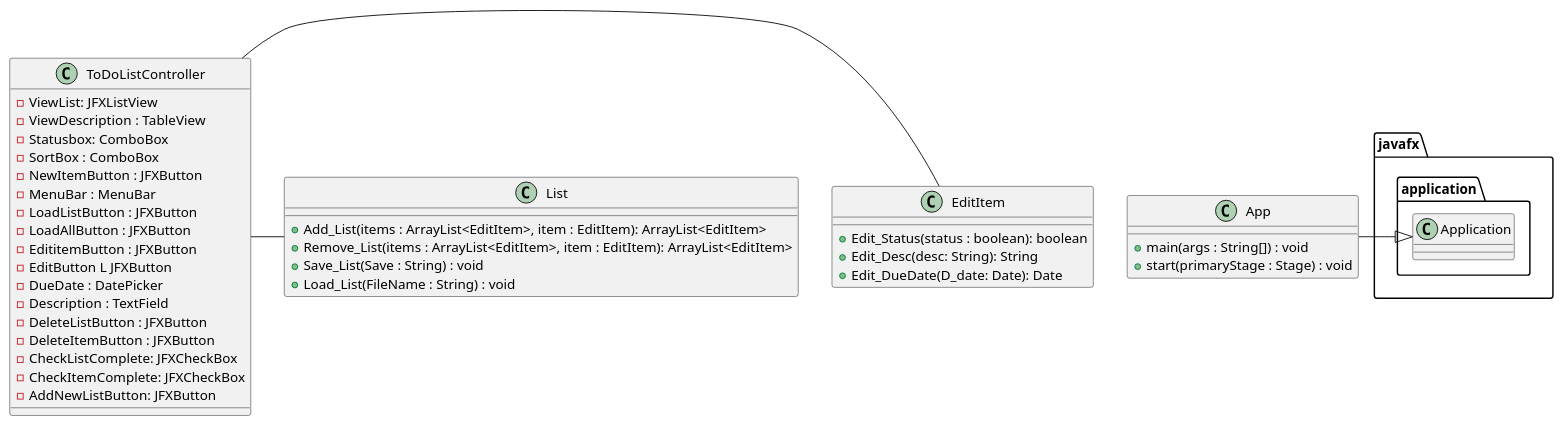
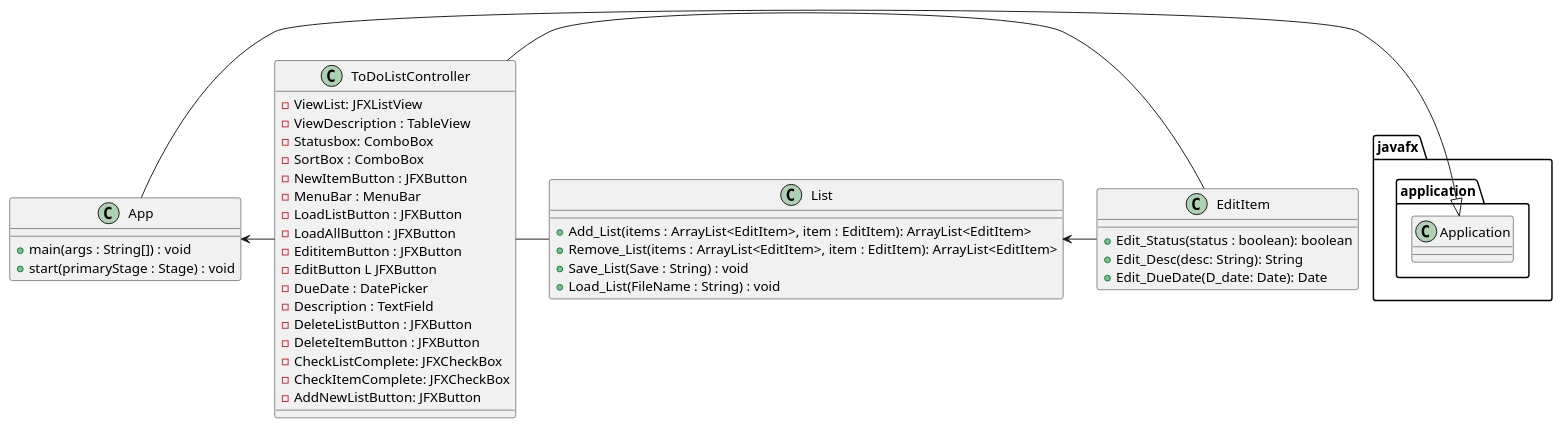
The diagram in UML/Assignment4.puml (JazzFaye/assignments), drawn with PlantUML before and after one commit.

Commit message:
Pseudocode for test created

```diff
--- a/UML/Assignment4.puml
+++ b/UML/Assignment4.puml
@@ -1,40 +1,43 @@
 @startuml
 
 Class App{
 + main(args : String[]) : void
 + start(primaryStage : Stage) : void
 }
 Class EditItem{
 + Edit_Status(status : boolean): boolean
 + Edit_Desc(desc: String): String
 + Edit_DueDate(D_date: Date): Date
 }
 Class List{
 + Add_List(items : ArrayList<EditItem>, item : EditItem): ArrayList<EditItem>
 + Remove_List(items : ArrayList<EditItem>, item : EditItem): ArrayList<EditItem>
 + Save_List(Save : String) : void
 + Load_List(FileName : String) : void
 }
 Class ToDoListController{
 - ViewList: JFXListView
 - ViewDescription : TableView
 - Statusbox: ComboBox
 - SortBox : ComboBox
 - NewItemButton : JFXButton
 - MenuBar : MenuBar
 - LoadListButton : JFXButton
 - LoadAllButton : JFXButton
 - EdititemButton : JFXButton
 - EditButton L JFXButton
 - DueDate : DatePicker
 - Description : TextField
 - DeleteListButton : JFXButton
 - DeleteItemButton : JFXButton
 - CheckListComplete: JFXCheckBox
 - CheckItemComplete: JFXCheckBox
 - AddNewListButton: JFXButton
 }
 ToDoListController - EditItem
 ToDoListController - List
+List <- EditItem
+App <- ToDoListController
+
 App -|> javafx.application.Application
 @enduml
```
